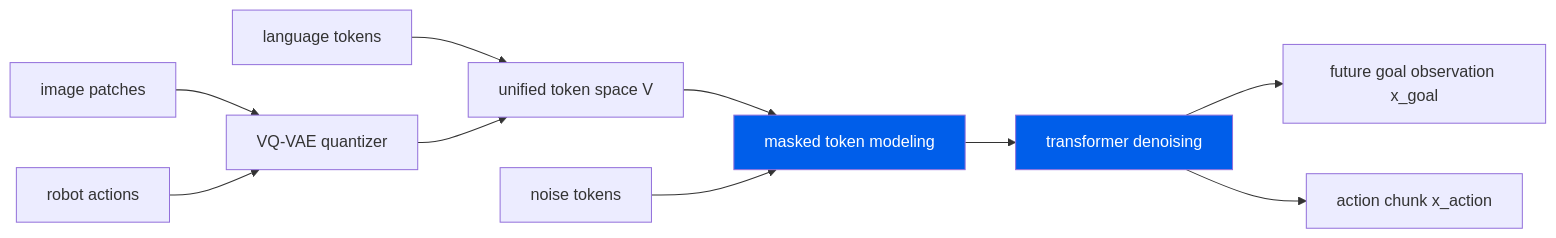
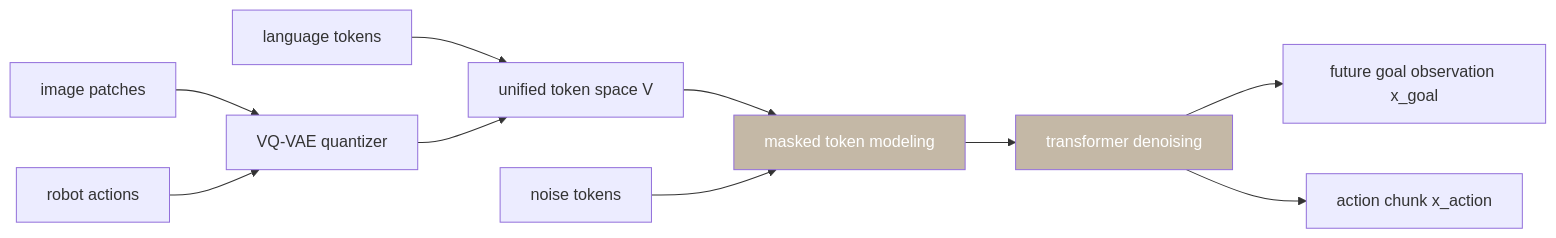
Before and after one commit to bopi-bot/bopi-research: the diagram in _digests/2603.25406.md, drawn with Mermaid. The commit also changed 6 other files, not shown here.

Commit message:
mermaid diagrams: earthy brown/gray palette instead of bright blue/orange

````diff
--- a/_digests/2603.25406.md
+++ b/_digests/2603.25406.md
@@ -21,15 +21,15 @@
 ```mermaid
 flowchart LR
     lang[language tokens] --> Tok[unified token space V]
     img[image patches] --> VQ[VQ-VAE quantizer]
     act[robot actions] --> VQ
     VQ --> Tok
     Tok --> Mask[masked token modeling]
     noise[noise tokens] --> Mask
     Mask --> Denoise[transformer denoising]
     Denoise --> goal[future goal observation x_goal]
     Denoise --> chunk[action chunk x_action]
     
-    style Mask fill:#005EEA,color:#fff
-    style Denoise fill:#005EEA,color:#fff
+    style Mask fill:#c4b8a6,color:#fff
+    style Denoise fill:#c4b8a6,color:#fff
 ```
````
